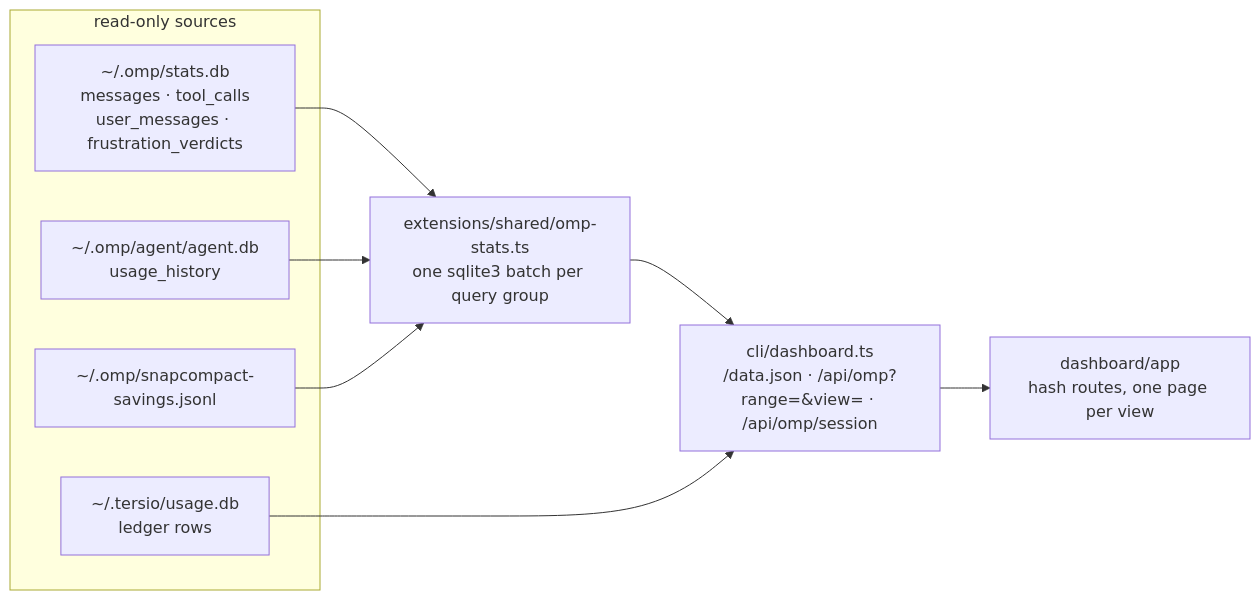
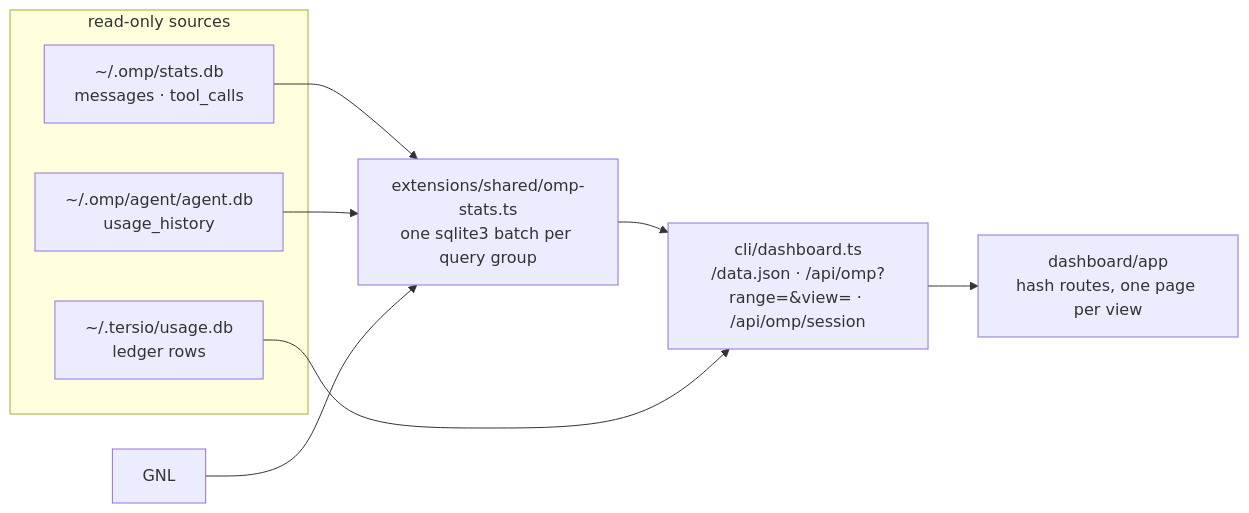
The third of 3 diagrams in docs/ARCHITECTURE.md (KurutoDenzeru/tersio), drawn with Mermaid before and after one commit. The commit also changed other lines of this file and 13 other files, not shown here.

````diff
--- a/docs/ARCHITECTURE.md
+++ b/docs/ARCHITECTURE.md
@@ -71,18 +71,17 @@
 ```mermaid
 flowchart LR
   subgraph SRC["read-only sources"]
-    SDB["~/.omp/stats.db<br/>messages · tool_calls<br/>user_messages · frustration_verdicts"]
+    SDB["~/.omp/stats.db<br/>messages · tool_calls"]
     ADB["~/.omp/agent/agent.db<br/>usage_history"]
-    GNL["~/.omp/snapcompact-savings.jsonl"]
     UDB["~/.tersio/usage.db<br/>ledger rows"]
   end
   AGG["extensions/shared/omp-stats.ts<br/>one sqlite3 batch per query group"]
   SRV["cli/dashboard.ts<br/>/data.json · /api/omp?range=&view= · /api/omp/session"]
   UI["dashboard/app<br/>hash routes, one page per view"]
   SDB --> AGG
   ADB --> AGG
   GNL --> AGG
   AGG --> SRV
   UDB --> SRV
   SRV --> UI
 ```
````
